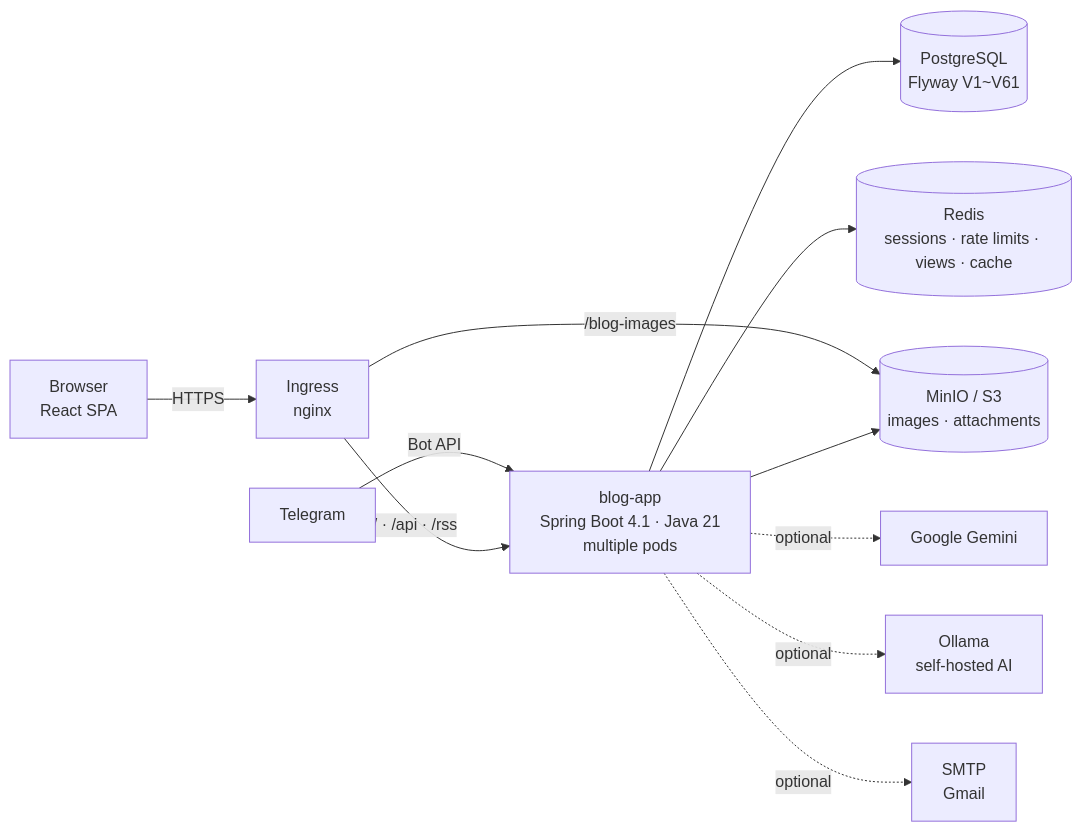
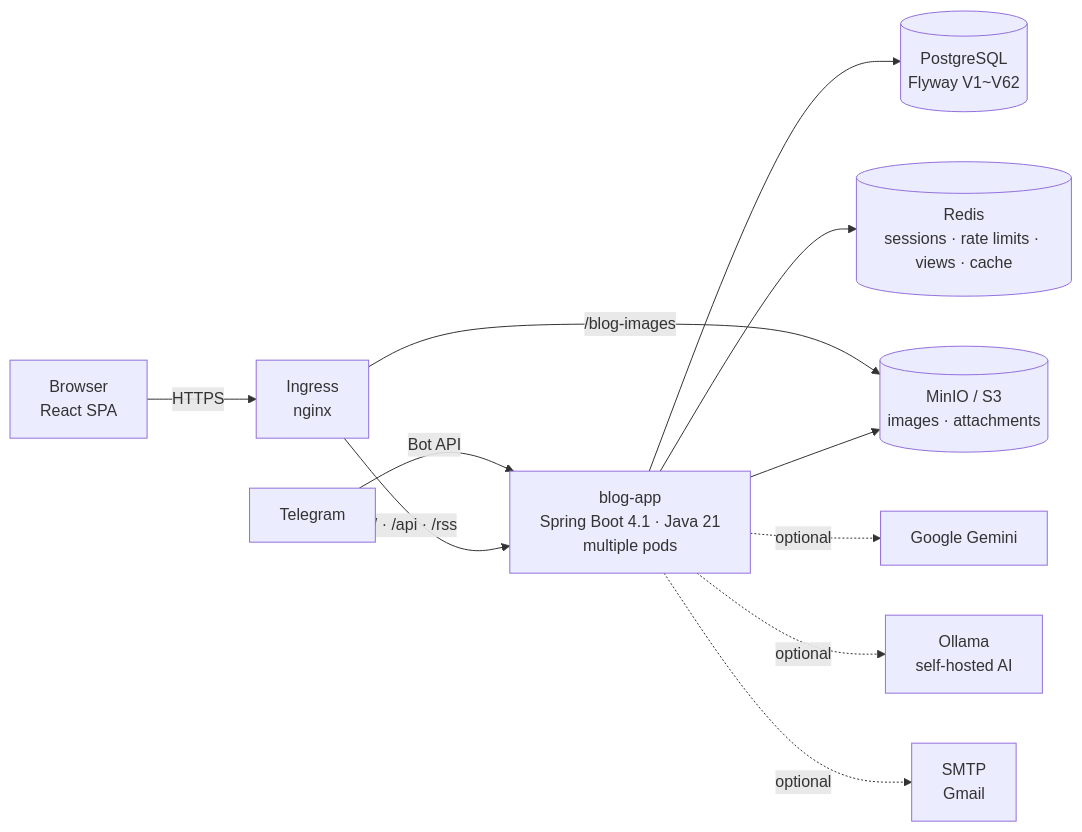
The second of 4 diagrams in README.en.md (AIGJ-01-002-blog/devlog), drawn with Mermaid before and after one commit. The commit also changed other lines of this file and 58 other files, not shown here.

````diff
--- a/README.en.md
+++ b/README.en.md
@@ -198,13 +198,13 @@
 ```mermaid
 flowchart LR
     B[Browser<br/>React SPA] -->|HTTPS| I[Ingress<br/>nginx]
     T[Telegram] -->|Bot API| A
     I -->|/ · /api · /rss| A[blog-app<br/>Spring Boot 4.1 · Java 21<br/>multiple pods]
     I -->|/blog-images| M[(MinIO / S3<br/>images · attachments)]
-    A --> P[(PostgreSQL<br/>Flyway V1~V61)]
+    A --> P[(PostgreSQL<br/>Flyway V1~V62)]
     A --> R[(Redis<br/>sessions · rate limits · views · cache)]
     A --> M
     A -.optional.-> G[Google Gemini]
     A -.optional.-> O[Ollama<br/>self-hosted AI]
     A -.optional.-> S[SMTP<br/>Gmail]
 ```
````
